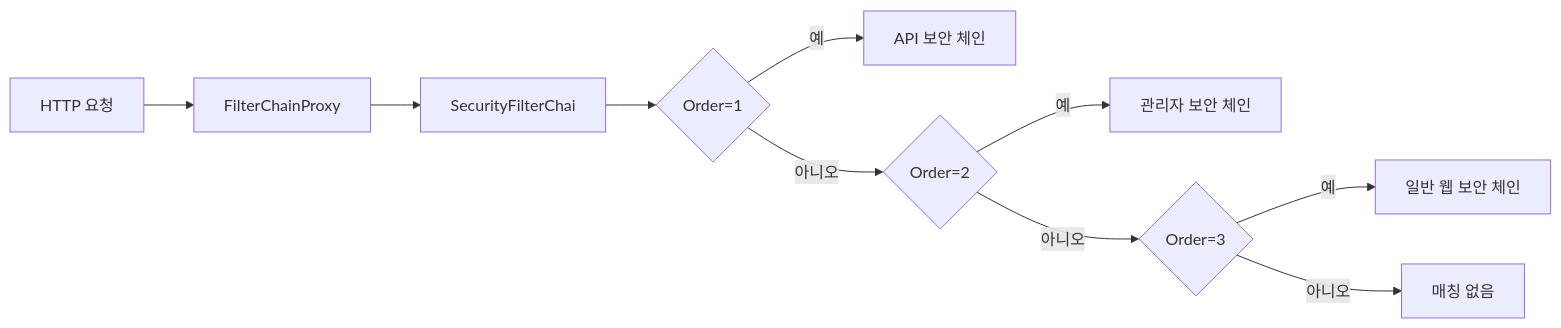
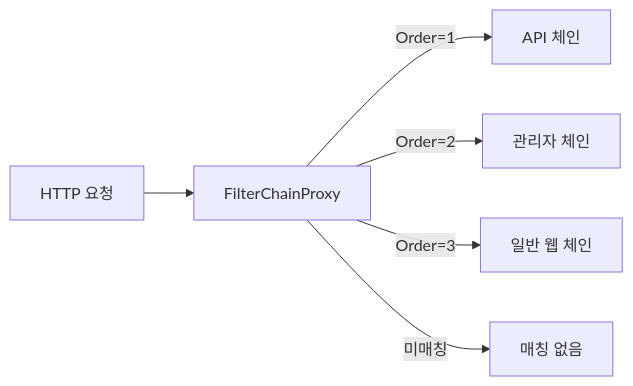
The first of 2 diagrams in _posts/security/2021-05-22-필터 초기화와 다중 보안 설정.md (yjkim2015/yjkim2015.github.io), drawn with Mermaid before and after one commit. The commit also changed 163 other files, not shown here.

First line of the commit message:
Mermaid 300개 블록 내용 축소: 5노드 5엣지 이하, 의미 있는 약어

````diff
--- a/_posts/security/2021-05-22-필터 초기화와 다중 보안 설정.md
+++ b/_posts/security/2021-05-22-필터 초기화와 다중 보안 설정.md
@@ -26,12 +26,8 @@
 ```mermaid
-flowchart LR
+graph LR
     A["HTTP 요청"] --> B["FilterChainProxy"]
-    B --> C["SecurityFilterChai"]
-    C --> D{"Order=1"}
-    D -- "예" --> E["API 보안 체인"]
-    D -- "아니오" --> F{"Order=2"}
-    F -- "예" --> G["관리자 보안 체인"]
-    F -- "아니오" --> H{"Order=3"}
-    H -- "예" --> I["일반 웹 보안 체인"]
-    H -- "아니오" --> J["매칭 없음"]
+    B -->|Order=1| E["API 체인"]
+    B -->|Order=2| G["관리자 체인"]
+    B -->|Order=3| I["일반 웹 체인"]
+    B -->|미매칭| J["매칭 없음"]
 ```
````
